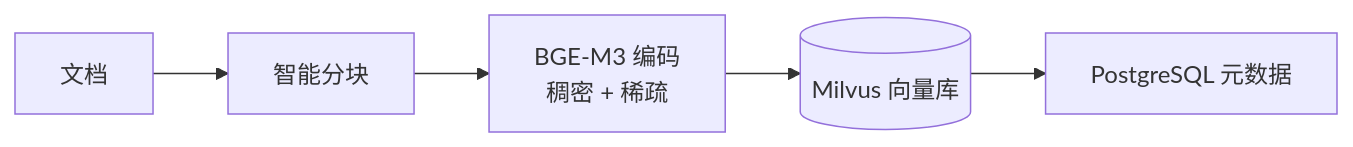
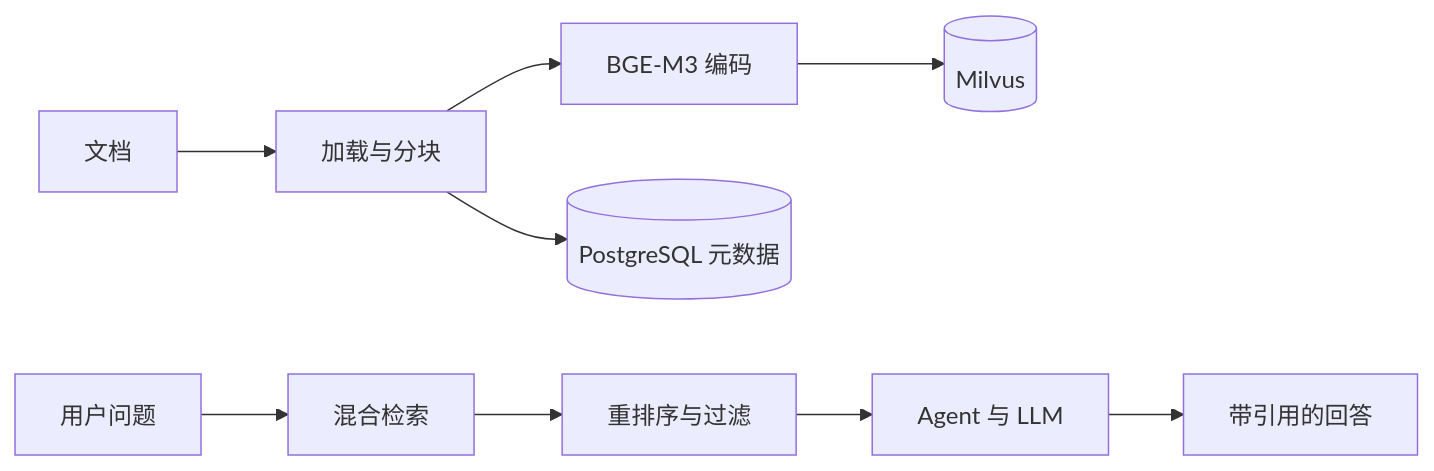
The diagram in README_zh.md (lg114/RagMate), drawn with Mermaid before and after one commit. The commit also changed other lines of this file and 1 other file, not shown here.

````diff
--- a/README_zh.md
+++ b/README_zh.md
@@ -161,7 +125,11 @@
 ```mermaid
 flowchart LR
-    A[文档] --> B[智能分块]
-    B --> C[BGE-M3 编码\n稠密 + 稀疏]
-    C --> D[(Milvus 向量库)]
-    D --> E[PostgreSQL 元数据]
+    D[文档] --> P[加载与分块]
+    P --> E[BGE-M3 编码]
+    E --> V[(Milvus)]
+    P --> M[(PostgreSQL 元数据)]
+    Q[用户问题] --> R[混合检索]
+    R --> RR[重排序与过滤]
+    RR --> A[Agent 与 LLM]
+    A --> O[带引用的回答]
 ```
````
